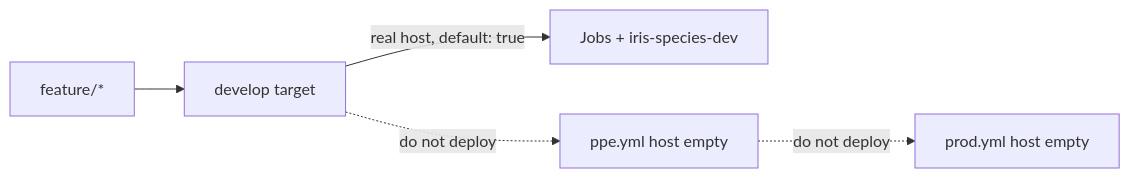
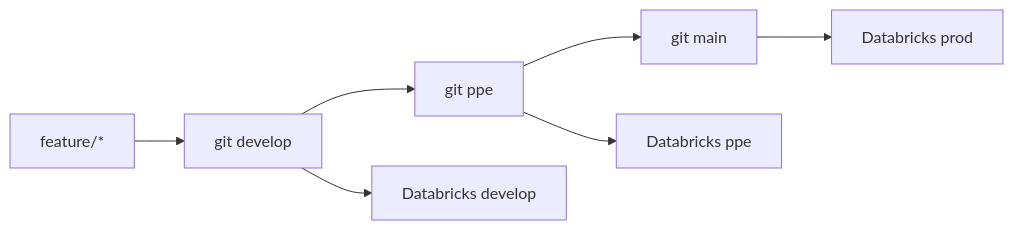
The third of 4 diagrams in docs/guides/eli25-databricks-productionalisation.md (akumawavez/iris-ml-prod-test), drawn with Mermaid before and after one commit. The commit also changed other lines of this file and 77 other files, not shown here.

First line of the commit message:
Gate manual CD on the branch, code version, and model alias, and keep the default path from starting paid jobs.

````diff
--- a/docs/guides/eli25-databricks-productionalisation.md
+++ b/docs/guides/eli25-databricks-productionalisation.md
@@ -145,7 +151,9 @@
 ```mermaid
 flowchart LR
-  feature["feature/*"] --> develop["develop target"]
-  develop -->|"real host, default: true"| live["Jobs + iris-species-dev"]
-  develop -.->|"do not deploy"| ppe["ppe.yml host empty"]
-  ppe -.->|"do not deploy"| prod["prod.yml host empty"]
+  feature["feature/*"] --> develop["git develop"]
+  develop --> ppe["git ppe"]
+  ppe --> main["git main"]
+  develop --> live["Databricks develop"]
+  ppe --> ppeEnv["Databricks ppe"]
+  main --> prodEnv["Databricks prod"]
 ```
````
